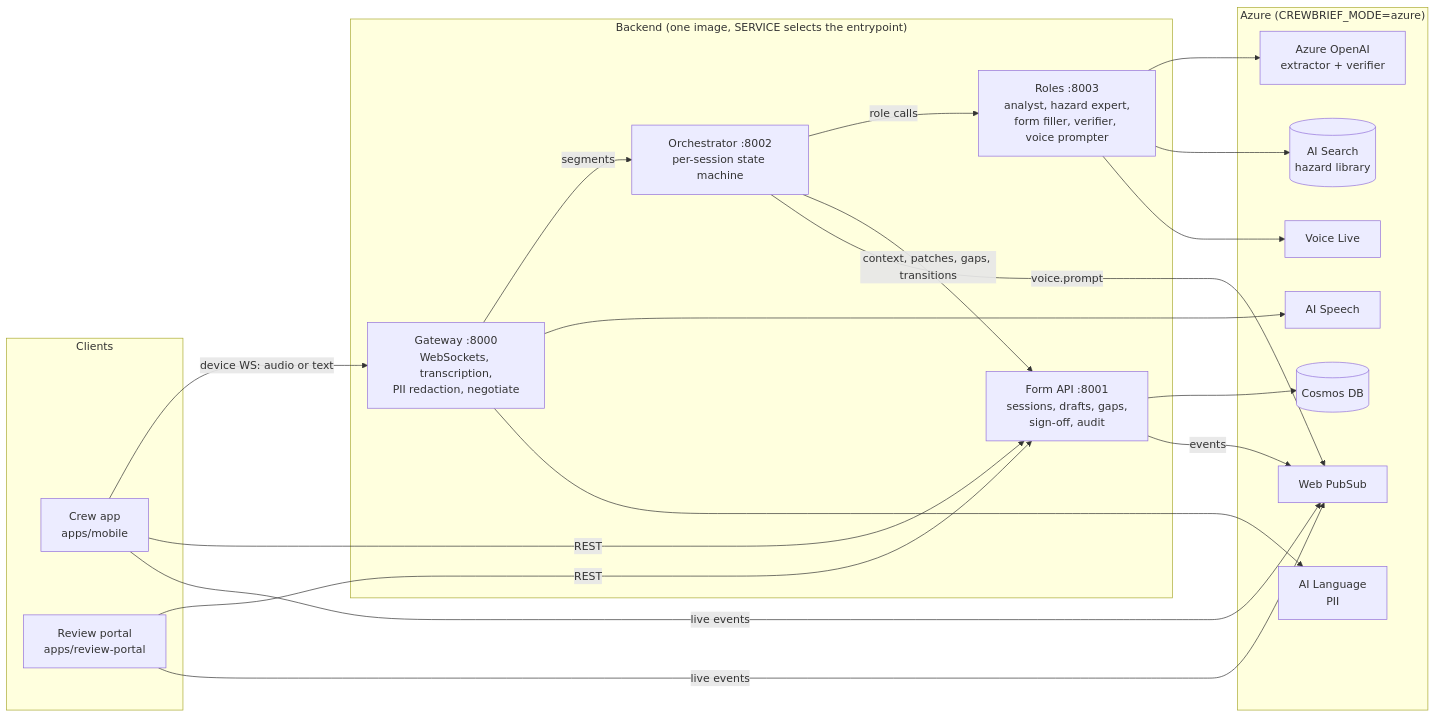
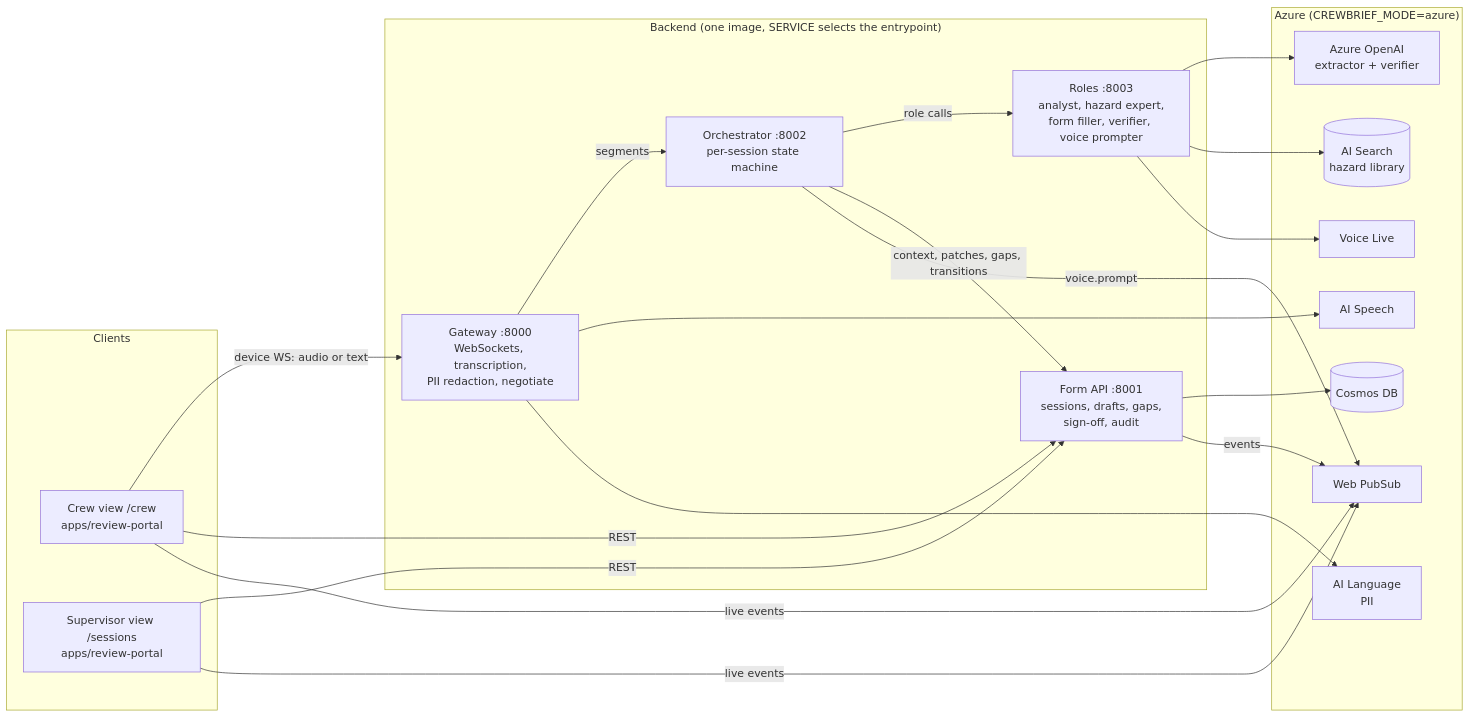
The first of 3 diagrams in docs/architecture.md (akhil4rajan/crewbrief), drawn with Mermaid before and after one commit. The commit also changed other lines of this file and 96 other files, not shown here.

First line of the commit message:
Merge the crew app into the web app with a demo landing page

````diff
--- a/docs/architecture.md
+++ b/docs/architecture.md
@@ -10,39 +10,39 @@
 ```mermaid
 flowchart LR
     subgraph Clients
-        APP[Crew app<br/>apps/mobile]
-        PORTAL[Review portal<br/>apps/review-portal]
+        APP[Crew view /crew<br/>apps/review-portal]
+        PORTAL[Supervisor view /sessions<br/>apps/review-portal]
     end
 
     subgraph Backend["Backend (one image, SERVICE selects the entrypoint)"]
         GW[Gateway :8000<br/>WebSockets, transcription,<br/>PII redaction, negotiate]
         ORCH[Orchestrator :8002<br/>per-session state machine]
         ROLES[Roles :8003<br/>analyst, hazard expert,<br/>form filler, verifier, voice prompter]
         FAPI[Form API :8001<br/>sessions, drafts, gaps,<br/>sign-off, audit]
     end
 
     subgraph Azure["Azure (CREWBRIEF_MODE=azure)"]
         SPEECH[AI Speech]
         AOAI[Azure OpenAI<br/>extractor + verifier]
         VL[Voice Live]
         SEARCH[(AI Search<br/>hazard library)]
         COSMOS[(Cosmos DB)]
         WPS[Web PubSub]
         LANG[AI Language<br/>PII]
     end
 
     APP -- device WS: audio or text --> GW
     GW -- segments --> ORCH
     ORCH -- role calls --> ROLES
     ORCH -- context, patches, gaps, transitions --> FAPI
     APP & PORTAL -- REST --> FAPI
     APP & PORTAL -- live events --> WPS
     GW --> SPEECH
     GW --> LANG
     ROLES --> AOAI
     ROLES --> SEARCH
     ROLES --> VL
     FAPI --> COSMOS
     FAPI -- events --> WPS
     ORCH -- voice.prompt --> WPS
 ```
````
